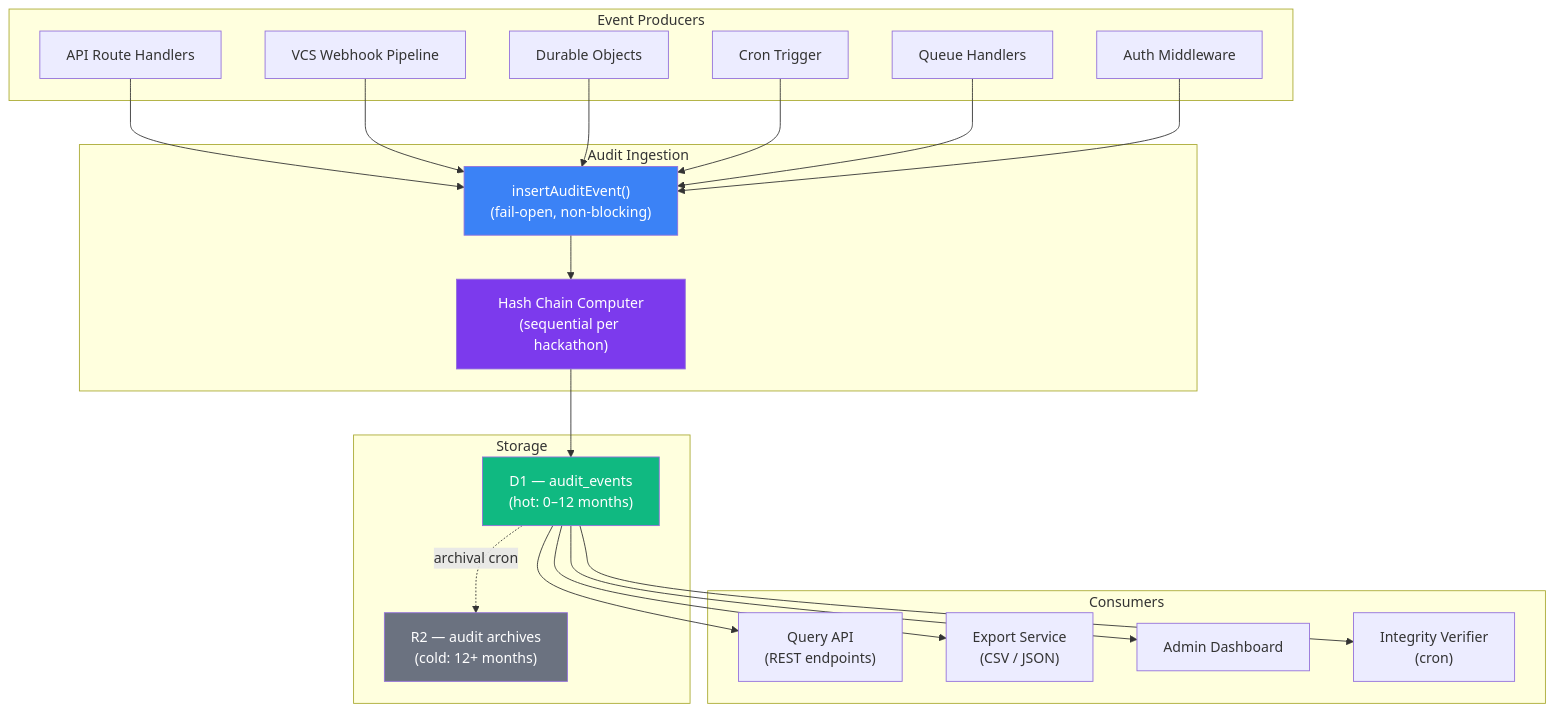
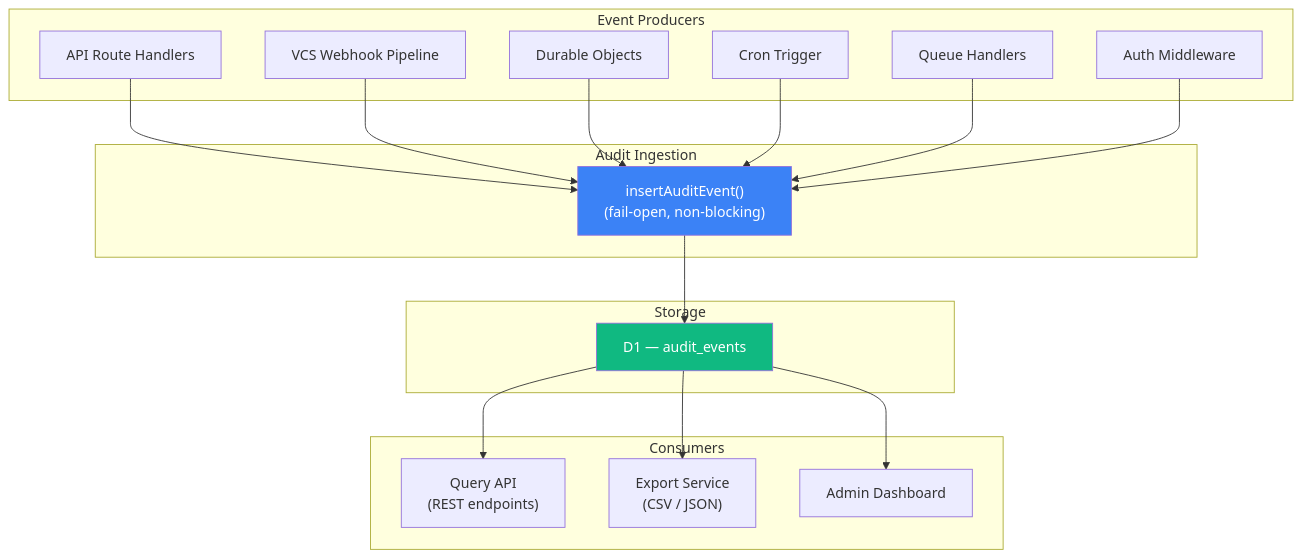
One commit to devangshupandey2025-stack/DevSage changed the first of 9 diagrams in docs/v3/planned/audit-trail.md. Above: the diagram before and after it, drawn with Mermaid. The commit also changed other lines of this file, not shown here.

First line of the commit message:
docs(audit-trail): defer hash chains and GDPR archival to Phase 2

````diff
--- a/docs/v3/planned/audit-trail.md
+++ b/docs/v3/planned/audit-trail.md
@@ -47,49 +43,41 @@
 ```mermaid
 flowchart TD
     subgraph "Event Producers"
         API["API Route Handlers"]
         VCS["VCS Webhook Pipeline"]
         DO["Durable Objects"]
         CRON["Cron Trigger"]
         QH["Queue Handlers"]
         AUTH["Auth Middleware"]
     end
 
     subgraph "Audit Ingestion"
         FN["insertAuditEvent()<br/>(fail-open, non-blocking)"]
-        HC["Hash Chain Computer<br/>(sequential per hackathon)"]
     end
 
     subgraph "Storage"
-        D1["D1 — audit_events<br/>(hot: 0–12 months)"]
-        R2["R2 — audit archives<br/>(cold: 12+ months)"]
+        D1["D1 — audit_events"]
     end
 
     subgraph "Consumers"
         QAPI["Query API<br/>(REST endpoints)"]
         EXP["Export Service<br/>(CSV / JSON)"]
         DASH["Admin Dashboard"]
-        INT["Integrity Verifier<br/>(cron)"]
     end
 
     API --> FN
     VCS --> FN
     DO --> FN
     CRON --> FN
     QH --> FN
     AUTH --> FN
 
-    FN --> HC
-    HC --> D1
-    D1 -.->|"archival cron"| R2
+    FN --> D1
 
     D1 --> QAPI
     D1 --> EXP
     D1 --> DASH
-    D1 --> INT
 
     style FN fill:#3b82f6,color:#fff
-    style HC fill:#7c3aed,color:#fff
     style D1 fill:#10b981,color:#fff
-    style R2 fill:#6b7280,color:#fff
 ```
````
